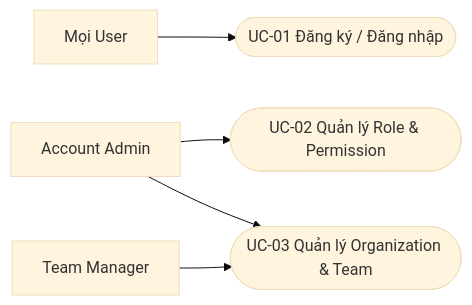
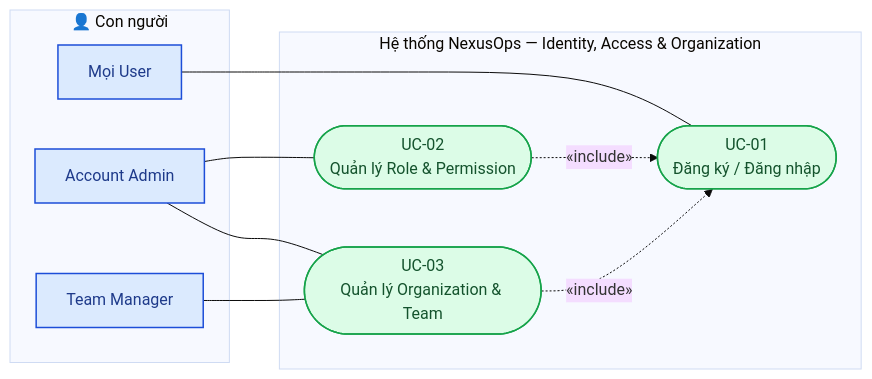
One commit to NguyenBao0305/Intelligent-Incident-Reliability-Operations-Platform changed the second of 12 diagrams in README.md. Above: the diagram before and after it, drawn with Mermaid (base theme). The commit also changed other lines of this file, not shown here.

````diff
--- a/README.md
+++ b/README.md
@@ -314,11 +314,27 @@
 ```mermaid
 flowchart LR
-    AllUsers[Mọi User]
-    AccountAdmin[Account Admin]
-    TeamManager[Team Manager]
+    subgraph ACTORS_A["👤 Con người"]
+        AllUsers[Mọi User]
+        AccountAdmin[Account Admin]
+        TeamManager[Team Manager]
+    end
 
-    AllUsers --> UC01([UC-01 Đăng ký / Đăng nhập])
-    AccountAdmin --> UC02([UC-02 Quản lý Role & Permission])
-    AccountAdmin --> UC03([UC-03 Quản lý Organization & Team])
-    TeamManager --> UC03
+    subgraph SYS_A["Hệ thống NexusOps — Identity, Access & Organization"]
+        UC01(["UC-01<br/>Đăng ký / Đăng nhập"])
+        UC02(["UC-02<br/>Quản lý Role & Permission"])
+        UC03(["UC-03<br/>Quản lý Organization & Team"])
+    end
+
+    AllUsers --- UC01
+    AccountAdmin --- UC02
+    AccountAdmin --- UC03
+    TeamManager --- UC03
+
+    UC02 -.->|"«include»"| UC01
+    UC03 -.->|"«include»"| UC01
+
+    classDef actorHuman fill:#dbeafe,stroke:#1d4ed8,stroke-width:1.5px,color:#1e3a8a
+    classDef usecase fill:#dcfce7,stroke:#16a34a,stroke-width:1.5px,color:#14532d
+    class AllUsers,AccountAdmin,TeamManager actorHuman
+    class UC01,UC02,UC03 usecase
 ```
````
